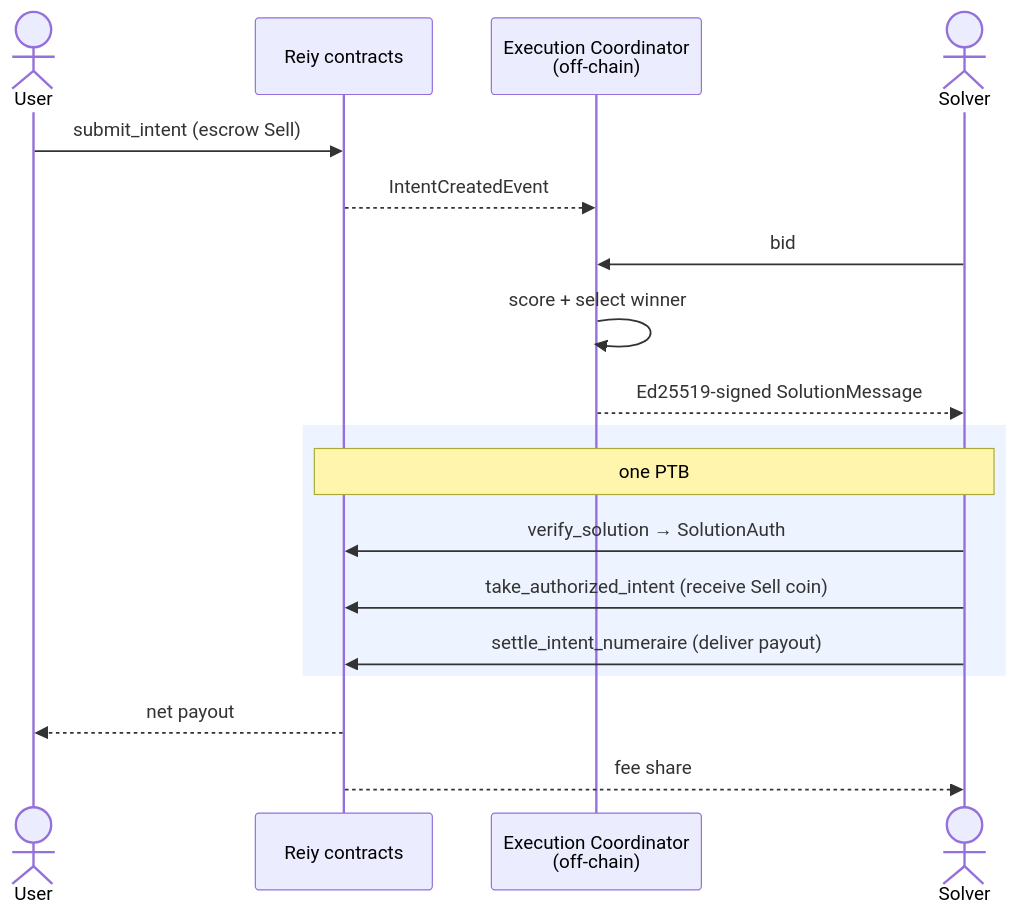
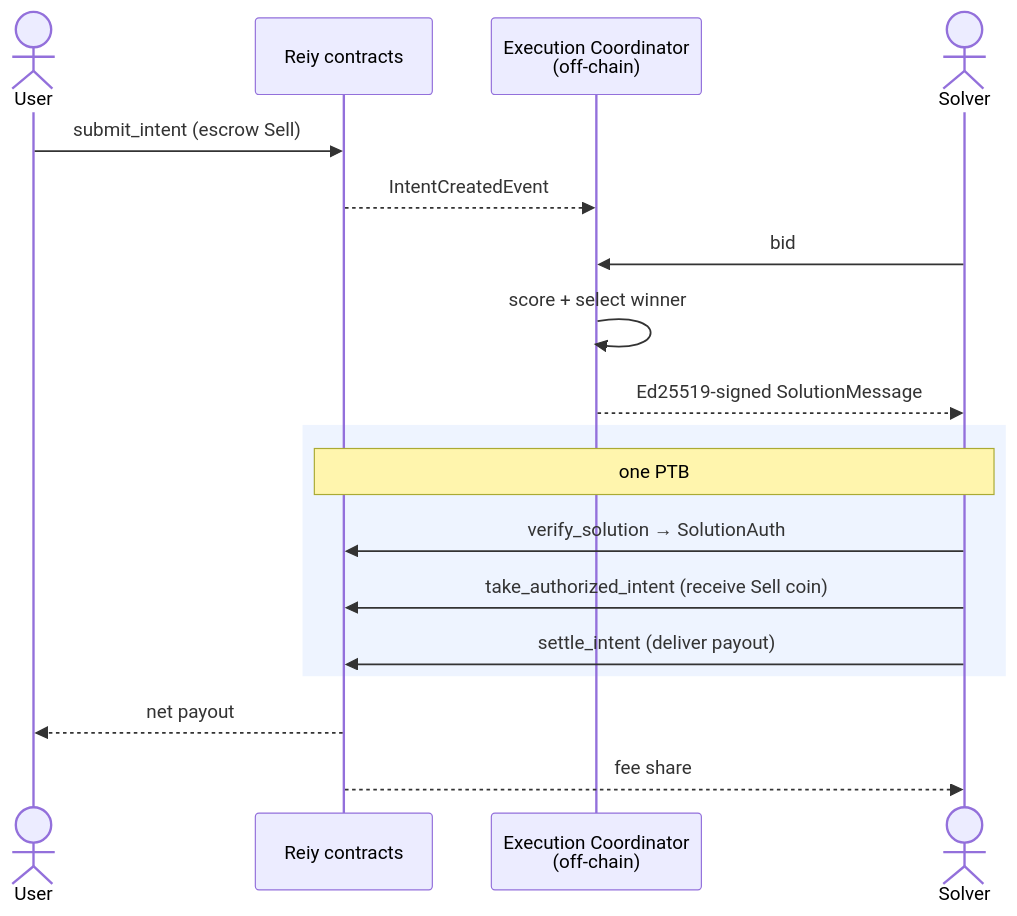
The diagram in README.md (reiy-finance/contracts), drawn with Mermaid before and after one commit. The commit also changed other lines of this file and 15 other files, not shown here.

````diff
--- a/README.md
+++ b/README.md
@@ -12,21 +12,21 @@
 ```mermaid
 sequenceDiagram
     actor User
     participant Chain as Reiy contracts
     participant Coord as Execution Coordinator<br/>(off-chain)
     actor Solver
 
     User->>Chain: submit_intent (escrow Sell)
     Chain-->>Coord: IntentCreatedEvent
     Solver->>Coord: bid
     Coord->>Coord: score + select winner
     Coord-->>Solver: Ed25519-signed SolutionMessage
     rect rgb(238, 244, 255)
     note over Solver,Chain: one PTB
     Solver->>Chain: verify_solution → SolutionAuth
     Solver->>Chain: take_authorized_intent (receive Sell coin)
-    Solver->>Chain: settle_intent_numeraire (deliver payout)
+    Solver->>Chain: settle_intent (deliver payout)
     end
     Chain-->>User: net payout
     Chain-->>Solver: fee share
 ```
````
